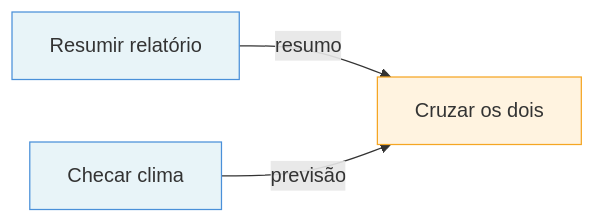
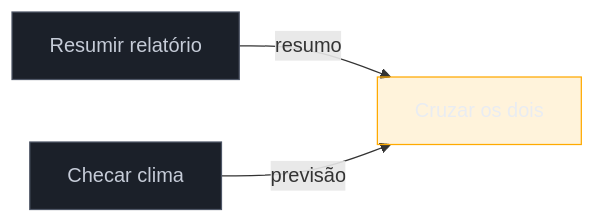
Before and after one commit to josenaldo/codex-technomanticus: the first of 3 diagrams in 03-Dominios/Tecnologia/IA/Claude Code/Workflows/12 - Orquestração em grafo — fan-out, arestas e verificadores.md, drawn with Mermaid. The commit also changed other lines of this file and 1181 other files, not shown here.

First line of the commit message:
fix(diagramas): paleta do sistema no lugar de cor cravada no markdown

````diff
--- a/03-Dominios/Tecnologia/IA/Claude Code/Workflows/12 - Orquestração em grafo — fan-out, arestas e verificadores.md
+++ b/03-Dominios/Tecnologia/IA/Claude Code/Workflows/12 - Orquestração em grafo — fan-out, arestas e verificadores.md
@@ -39,13 +39,15 @@
 ```mermaid
 flowchart LR
+    classDef neutro fill:#1B2029,stroke:#4E5666,color:#C6CCD8
+    classDef destaque fill:#FFAA0024,stroke:#FFAA00,color:#E9ECF2
     A["Resumir relatório"]
     B["Checar clima"]
     C["Cruzar os dois"]
 
     A -->|"resumo"| C
     B -->|"previsão"| C
 
-    style A fill:#e8f4f8,stroke:#4A90D9
-    style B fill:#e8f4f8,stroke:#4A90D9
-    style C fill:#fff3e0,stroke:#F5A623
+    class A neutro
+    class B neutro
+    class C destaque
 ```
````
